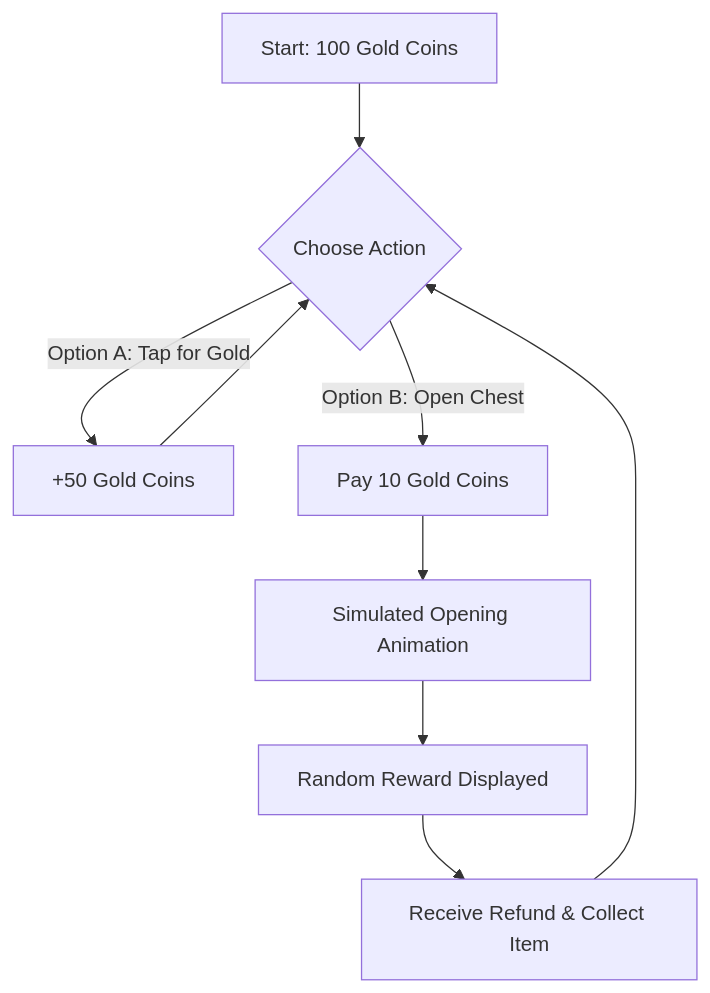
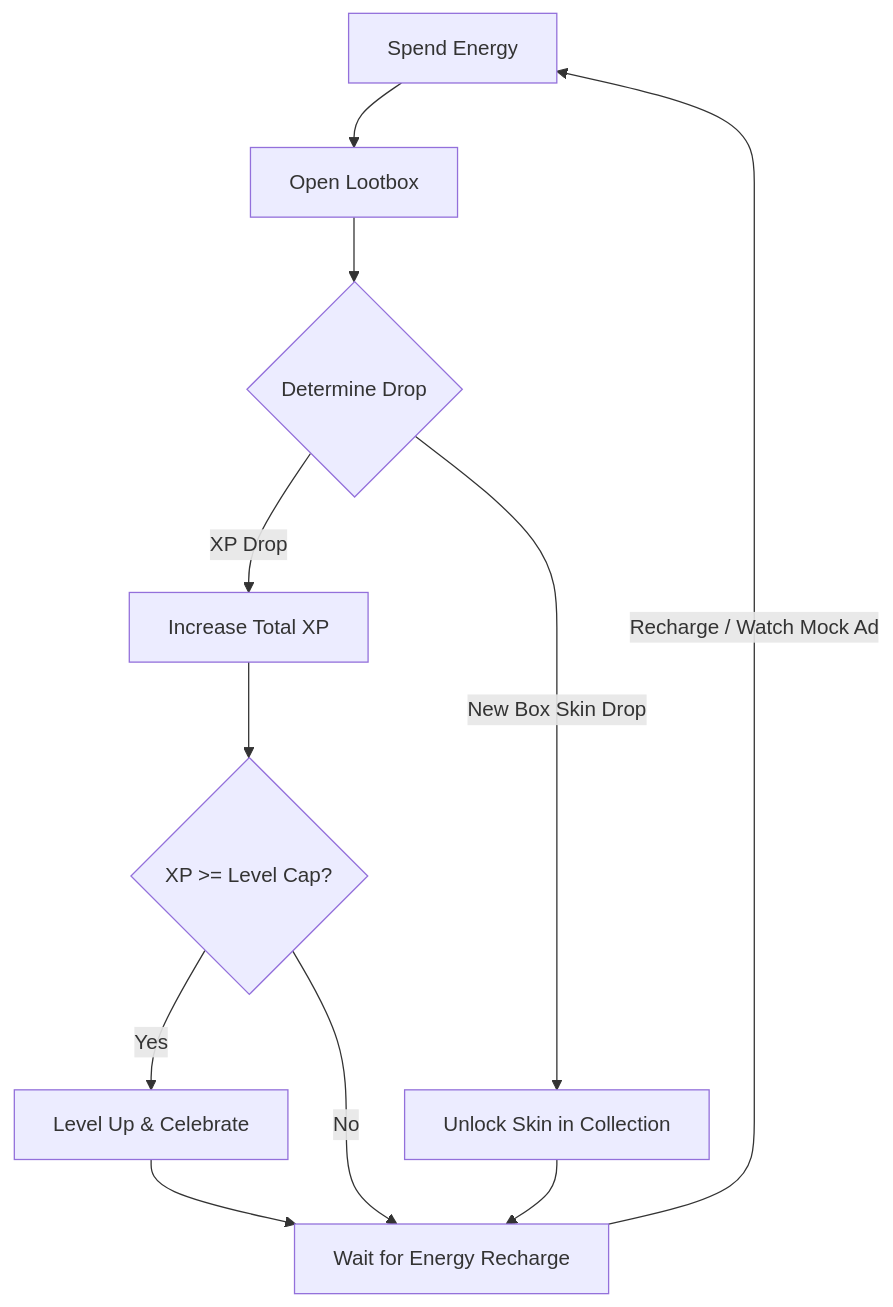
The diagram in docs/game_design.md (ishanmanjrekar/lootbox-go), drawn with Mermaid before and after one commit. The commit also changed other lines of this file and 7 other files, not shown here.

Commit message:
docs: add documentation for asset specifications, economy balancing, architecture, and game design.

````diff
--- a/docs/game_design.md
+++ b/docs/game_design.md
@@ -11,11 +20,13 @@
 ```mermaid
 graph TD
-    A[Start: 100 Gold Coins] --> B{Choose Action}
-    B -->|Option A: Tap for Gold| C[+50 Gold Coins]
-    B -->|Option B: Open Chest| D[Pay 10 Gold Coins]
-    C --> B
-    D --> E[Simulated Opening Animation]
-    E --> F[Random Reward Displayed]
-    F --> G[Receive Refund & Collect Item]
-    G --> B
+    A[Spend Energy] --> B[Open Lootbox]
+    B --> C{Determine Drop}
+    C -->|XP Drop| D[Increase Total XP]
+    C -->|New Box Skin Drop| E[Unlock Skin in Collection]
+    D --> F{XP >= Level Cap?}
+    F -->|Yes| G[Level Up & Celebrate]
+    F -->|No| H[Wait for Energy Recharge]
+    E --> H
+    G --> H
+    H -->|Recharge / Watch Mock Ad| A
 ```
````
